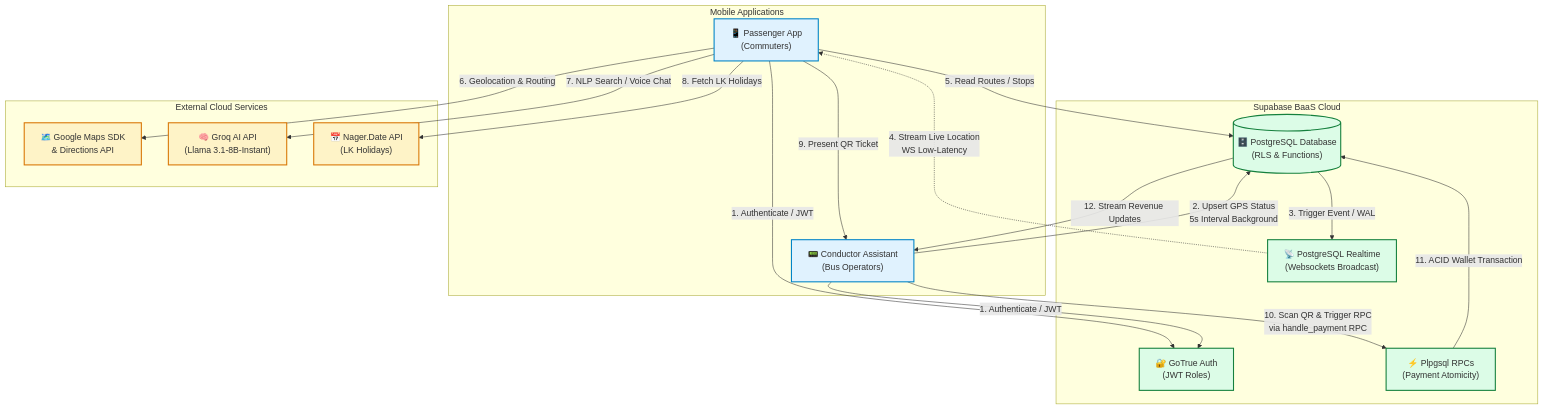
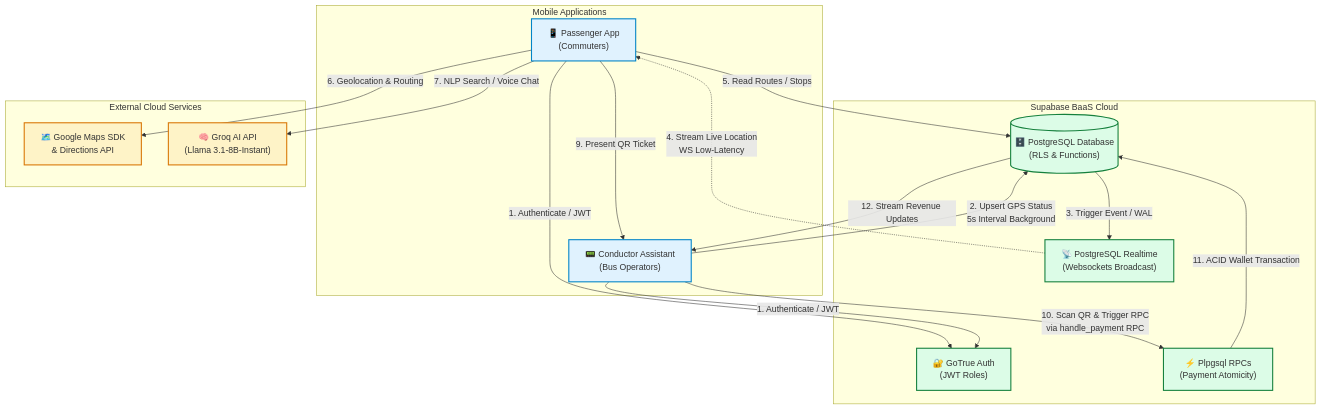
Before and after one commit to PandaSL2/TransLink: the first of 2 diagrams in README.md, drawn with Mermaid. The commit also changed other lines of this file and 6 other files, not shown here.

Commit message:
refactor: remove holidays table, holiday service files, and external holiday APIs from schema and README

````diff
--- a/README.md
+++ b/README.md
@@ -17,48 +17,46 @@
 ```mermaid
 graph TD
     %% Clients
     subgraph Mobile_Clients [Mobile Applications]
         Passenger["📱 Passenger App <br/>(Commuters)"]
         Conductor["📟 Conductor Assistant <br/>(Bus Operators)"]
     end
 
     %% Backend BaaS
     subgraph Backend_Cloud [Supabase BaaS Cloud]
         Auth["🔐 GoTrue Auth <br/>(JWT Roles)"]
         Realtime["📡 PostgreSQL Realtime <br/>(Websockets Broadcast)"]
         DB[("🗄️ PostgreSQL Database <br/>(RLS & Functions)")]
         RPC["⚡ Plpgsql RPCs <br/>(Payment Atomicity)"]
     end
 
     %% External Microservices
     subgraph External_APIs [External Cloud Services]
         Gmaps["🗺️ Google Maps SDK <br/>& Directions API"]
         Groq["🧠 Groq AI API <br/>(Llama 3.1-8B-Instant)"]
-        HolidayAPI["📅 Nager.Date API <br/>(LK Holidays)"]
     end
 
     %% Interactions
     Passenger -->|1. Authenticate / JWT| Auth
     Conductor -->|1. Authenticate / JWT| Auth
     
     Conductor -->|2. Upsert GPS Status <br/> 5s Interval Background| DB
     DB -->|3. Trigger Event / WAL| Realtime
     Realtime -.->|4. Stream Live Location <br/> WS Low-Latency| Passenger
     
     Passenger -->|5. Read Routes / Stops| DB
     Passenger -->|6. Geolocation & Routing| Gmaps
     Passenger -->|7. NLP Search / Voice Chat| Groq
-    Passenger -->|8. Fetch LK Holidays| HolidayAPI
 
     Passenger -->|9. Present QR Ticket| Conductor
     Conductor -->|10. Scan QR & Trigger RPC <br/> via handle_payment RPC| RPC
     RPC -->|11. ACID Wallet Transaction| DB
     DB -->|12. Stream Revenue Updates| Conductor
     
     classDef client fill:#E0F2FE,stroke:#0284C7,stroke-width:2px;
     classDef backend fill:#DCFCE7,stroke:#15803D,stroke-width:2px;
     classDef external fill:#FEF3C7,stroke:#D97706,stroke-width:2px;
     class Passenger,Conductor client;
     class Auth,Realtime,DB,RPC backend;
-    class Gmaps,Groq,HolidayAPI external;
+    class Gmaps,Groq external;
 ```
````
